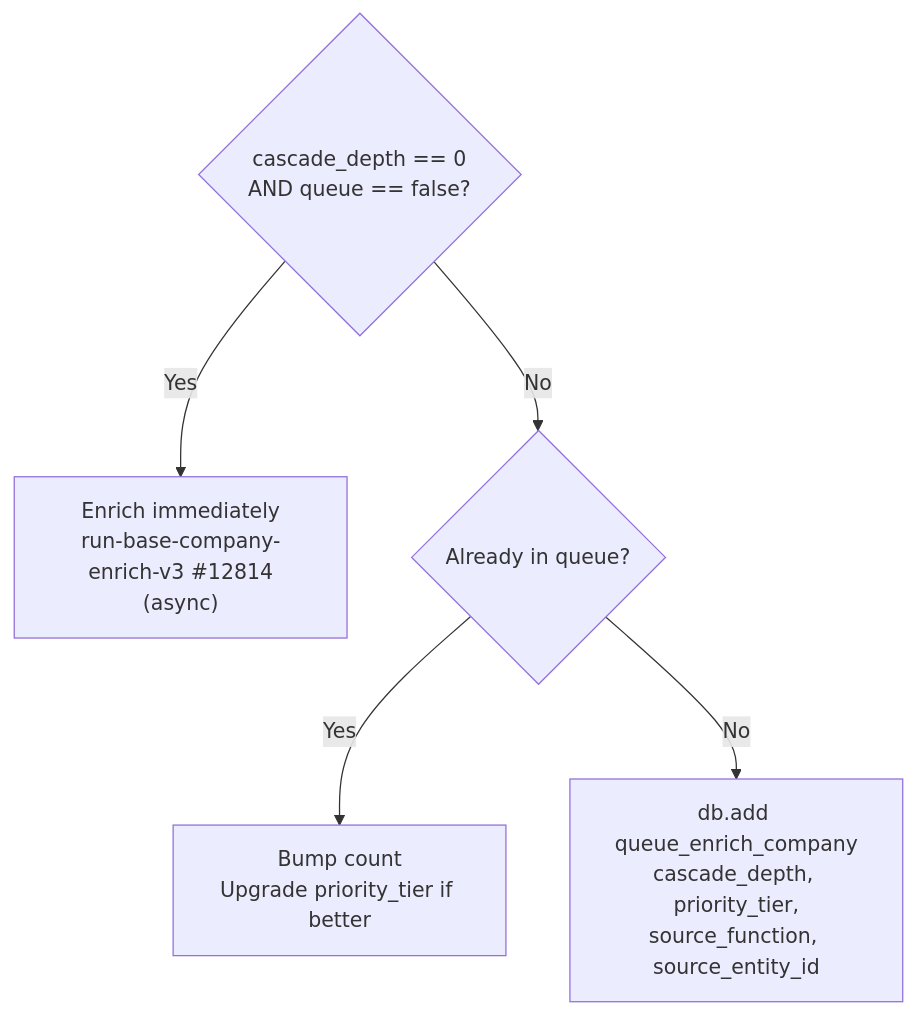
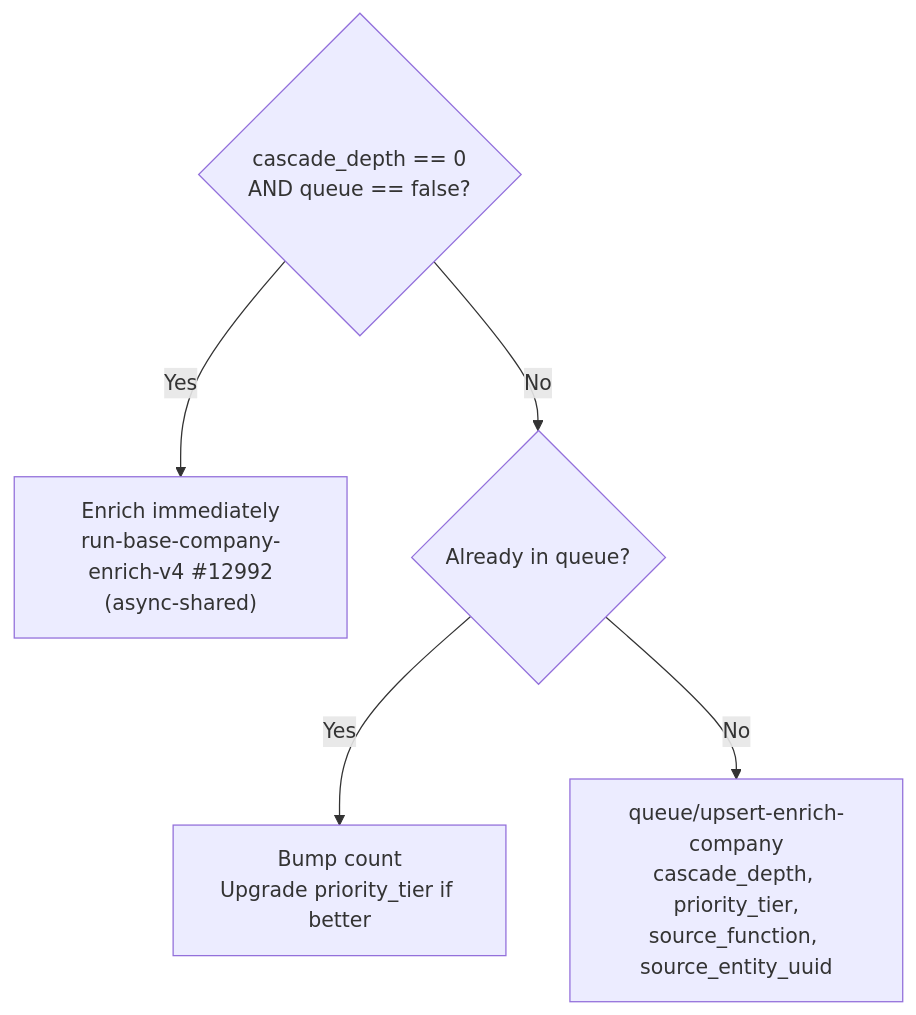
One commit to M-Pederson/docs changed the fifth of 5 diagrams in guides/enrichment/waterfall/company-enrichment-phases.mdx. Above: the diagram before and after it, drawn with Mermaid. The commit also changed other lines of this file and 2 other files, not shown here.

````diff
--- a/guides/enrichment/waterfall/company-enrichment-phases.mdx
+++ b/guides/enrichment/waterfall/company-enrichment-phases.mdx
@@ -138,7 +146,7 @@
 ```mermaid
 graph TD
-    A{cascade_depth == 0<br/>AND queue == false?} -->|Yes| B["Enrich immediately<br/>run-base-company-enrich-v3 #12814<br/>(async)"]
+    A{cascade_depth == 0<br/>AND queue == false?} -->|Yes| B["Enrich immediately<br/>run-base-company-enrich-v4 #12992<br/>(async-shared)"]
     A -->|No| C{Already in queue?}
     C -->|Yes| D["Bump count<br/>Upgrade priority_tier if better"]
-    C -->|No| E["db.add queue_enrich_company<br/>cascade_depth, priority_tier,<br/>source_function, source_entity_id"]
+    C -->|No| E["queue/upsert-enrich-company<br/>cascade_depth, priority_tier,<br/>source_function, source_entity_uuid"]
 ```
````
